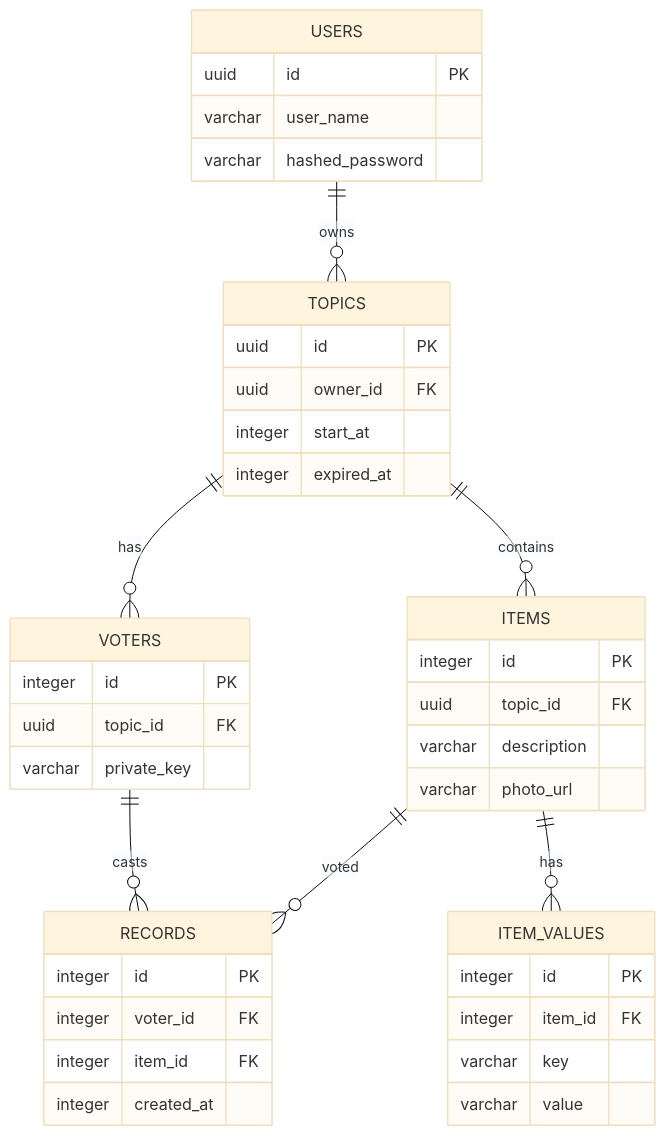
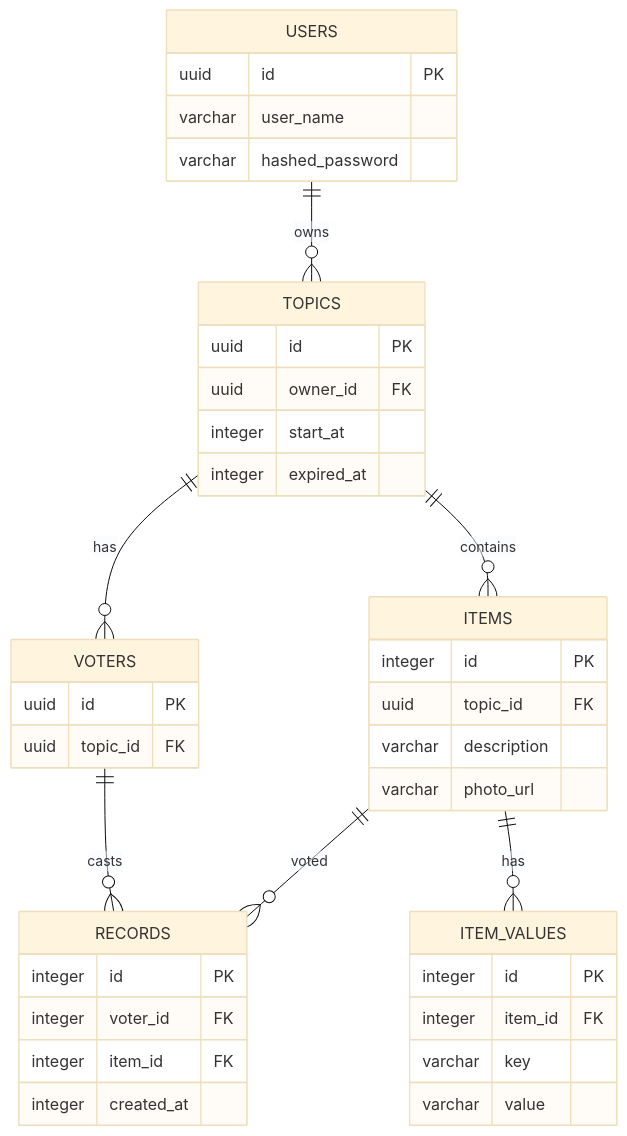
Before and after one commit to zukigit/zukivote: the diagram in docs/db_schema.md, drawn with Mermaid (base theme). The commit also changed other lines of this file and 5 other files, not shown here.

Commit message:
refactor: removed voter.private key and change voter.id to uuid

````diff
--- a/docs/db_schema.md
+++ b/docs/db_schema.md
@@ -5,49 +5,48 @@
 ```mermaid
 erDiagram
     USERS {
         uuid id PK
         varchar user_name
         varchar hashed_password
     }
 
     TOPICS {
         uuid id PK
         uuid owner_id FK
         integer start_at
         integer expired_at
     }
 
     VOTERS {
-        integer id PK
+        uuid id PK
         uuid topic_id FK
-        varchar private_key
     }
 
     ITEMS {
         integer id PK
         uuid topic_id FK
         varchar description
         varchar photo_url
     }
 
     ITEM_VALUES {
         integer id PK
         integer item_id FK
         varchar key
         varchar value
     }
 
     RECORDS {
         integer id PK
         integer voter_id FK
         integer item_id FK
         integer created_at
     }
 
     USERS ||--o{ TOPICS : owns
     TOPICS ||--o{ VOTERS : has
     TOPICS ||--o{ ITEMS : contains
     ITEMS ||--o{ ITEM_VALUES : has
     VOTERS ||--o{ RECORDS : casts
     ITEMS ||--o{ RECORDS : voted
 ```
````
